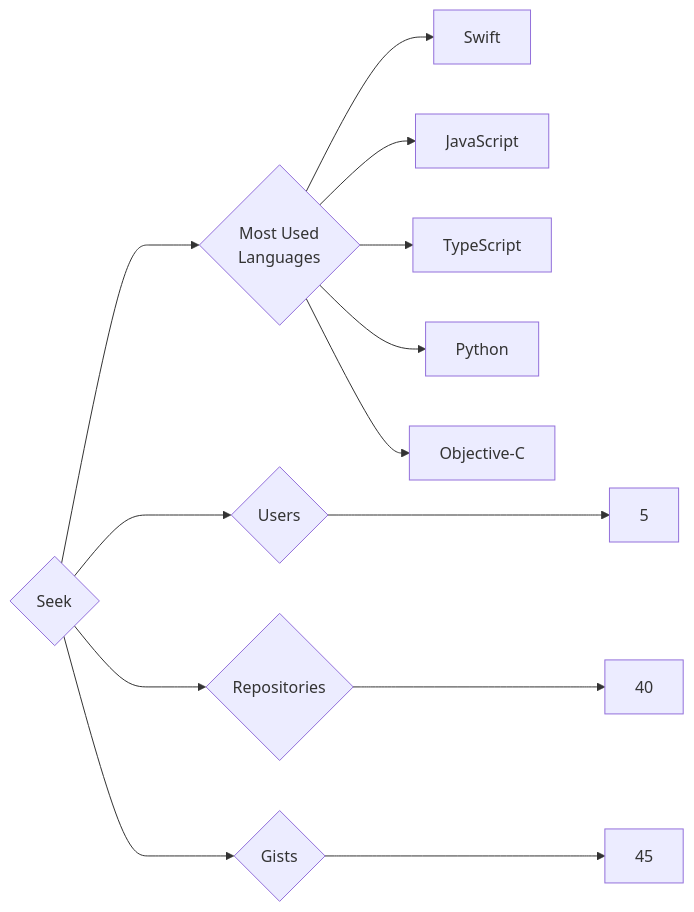
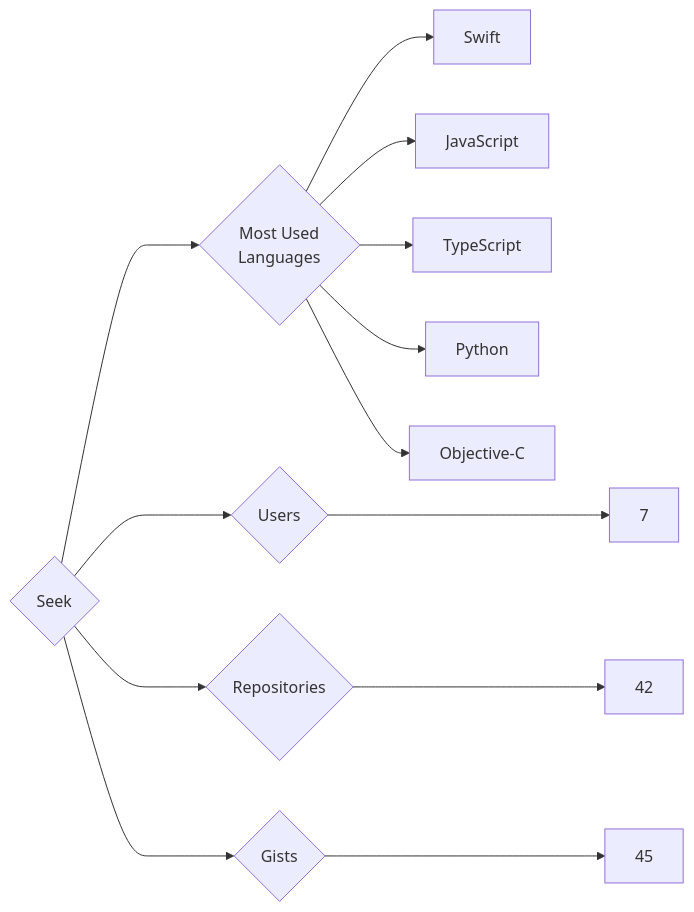
One commit to trickest/insiders changed the diagram in targets/Seek/README.md. Above: the diagram before and after it, drawn with Mermaid. The commit also changed 970 other files, not shown here.

````diff
--- a/targets/Seek/README.md
+++ b/targets/Seek/README.md
@@ -3,13 +3,13 @@
 ```mermaid
 graph LR
 COMPANY_NAME{Seek}
-COMPANY_NAME ---> U{Users} ---> UN[5]
-COMPANY_NAME ---> R{Repositories} ---> RN[40]
+COMPANY_NAME ---> U{Users} ---> UN[7]
+COMPANY_NAME ---> R{Repositories} ---> RN[42]
 COMPANY_NAME ---> G{Gists} ---> GN[45]
 COMPANY_NAME ---> ML{Most Used<br>Languages}
 ML --> Swift[Swift]
 ML --> JavaScript[JavaScript]
 ML --> TypeScript[TypeScript]
 ML --> Python[Python]
 ML --> Objective-C[Objective-C]
 ```
````
